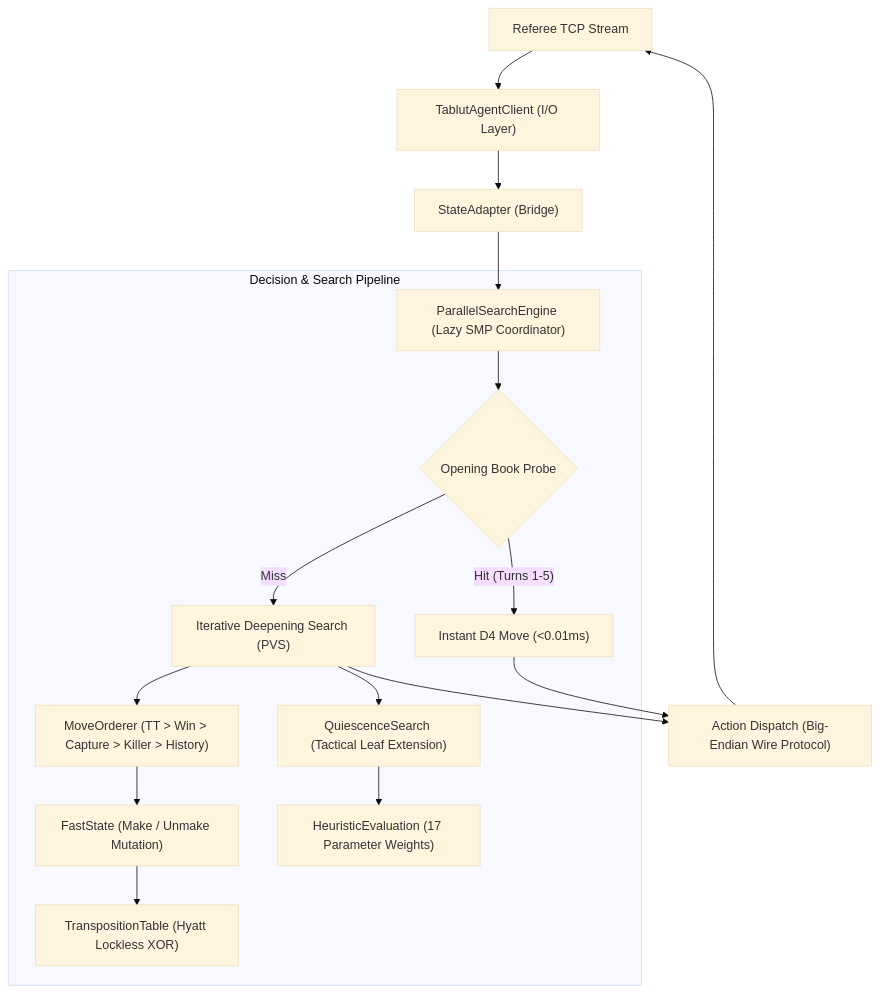
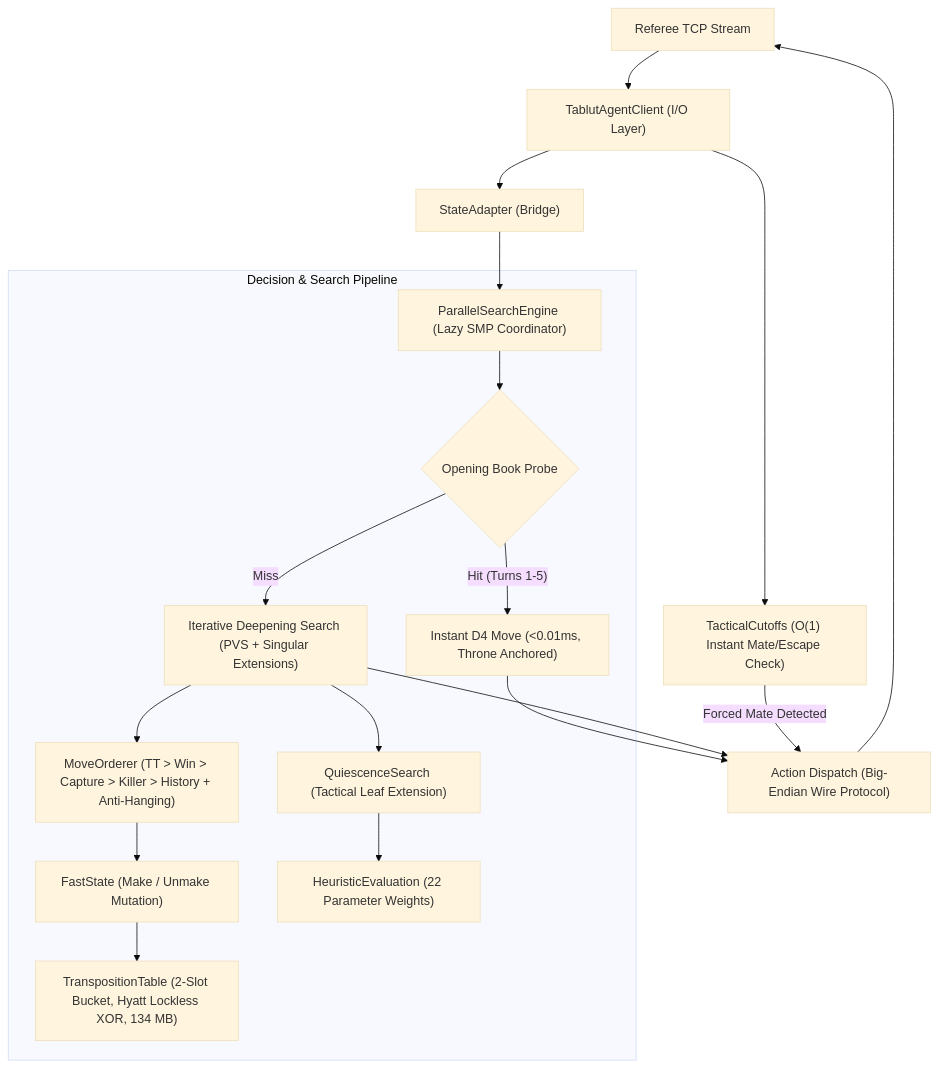
Before and after one commit to MercuryDCD/Tablut-FundamentalsAIMASTER: the diagram in docs/wiki/Home.md, drawn with Mermaid (base theme). The commit also changed other lines of this file and 45 other files, not shown here.

````diff
--- a/docs/wiki/Home.md
+++ b/docs/wiki/Home.md
@@ -78,21 +82,23 @@
 ```mermaid
 flowchart TD
     A["Referee TCP Stream"] --> B["TablutAgentClient (I/O Layer)"]
     B --> C["StateAdapter (Bridge)"]
+    B --> TC["TacticalCutoffs (O(1) Instant Mate/Escape Check)"]
     C --> D["ParallelSearchEngine (Lazy SMP Coordinator)"]
     
     subgraph "Decision & Search Pipeline"
         D --> E{"Opening Book Probe"}
-        E -- "Hit (Turns 1-5)" --> F["Instant D4 Move (<0.01ms)"]
-        E -- "Miss" --> G["Iterative Deepening Search (PVS)"]
-        G --> H["MoveOrderer (TT > Win > Capture > Killer > History)"]
+        E -- "Hit (Turns 1-5)" --> F["Instant D4 Move (<0.01ms, Throne Anchored)"]
+        E -- "Miss" --> G["Iterative Deepening Search (PVS + Singular Extensions)"]
+        G --> H["MoveOrderer (TT > Win > Capture > Killer > History + Anti-Hanging)"]
         H --> I["FastState (Make / Unmake Mutation)"]
-        I --> J["TranspositionTable (Hyatt Lockless XOR)"]
+        I --> J["TranspositionTable (2-Slot Bucket, Hyatt Lockless XOR, 134 MB)"]
         G --> K["QuiescenceSearch (Tactical Leaf Extension)"]
-        K --> L["HeuristicEvaluation (17 Parameter Weights)"]
+        K --> L["HeuristicEvaluation (22 Parameter Weights)"]
     end
     
-    F --> M["Action Dispatch (Big-Endian Wire Protocol)"]
+    TC -- "Forced Mate Detected" --> M["Action Dispatch (Big-Endian Wire Protocol)"]
+    F --> M
     G --> M
     M --> A
 ```
````
